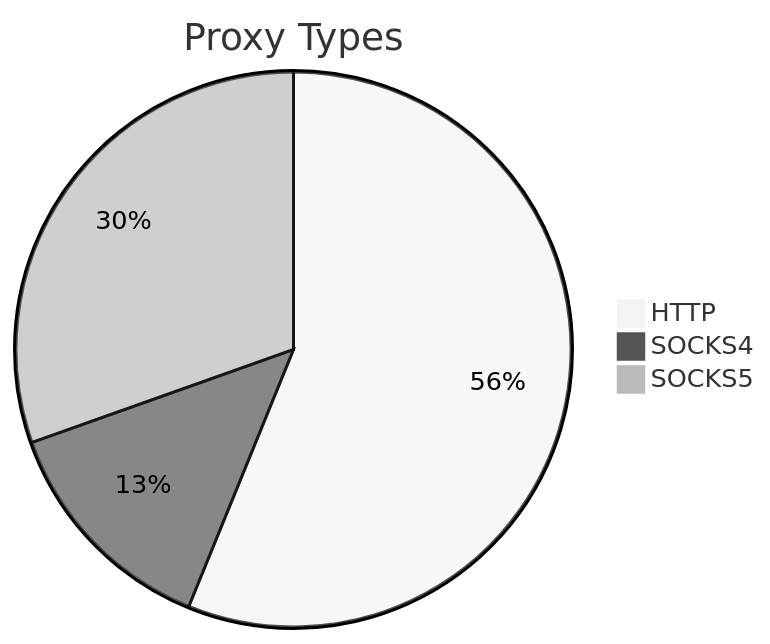
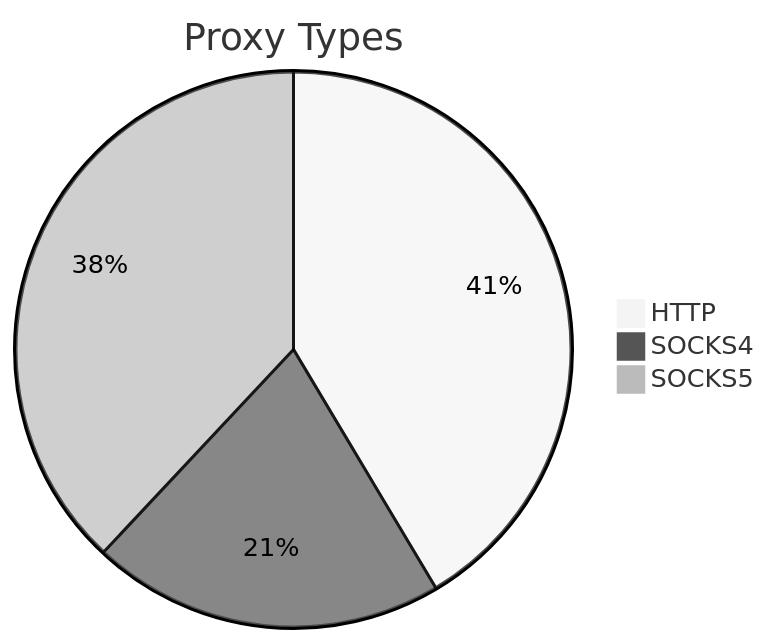
Before and after one commit to stormsia/proxy-list: the first of 2 diagrams in README.md, drawn with Mermaid (neutral theme). The commit also changed other lines of this file, not shown here.

````diff
--- a/README.md
+++ b/README.md
@@ -21,6 +21,6 @@
 ```mermaid
 pie title Proxy Types
-    "HTTP" : 155
-    "SOCKS4" : 37
-    "SOCKS5" : 84
+    "HTTP" : 121
+    "SOCKS4" : 60
+    "SOCKS5" : 111
 ```
````
